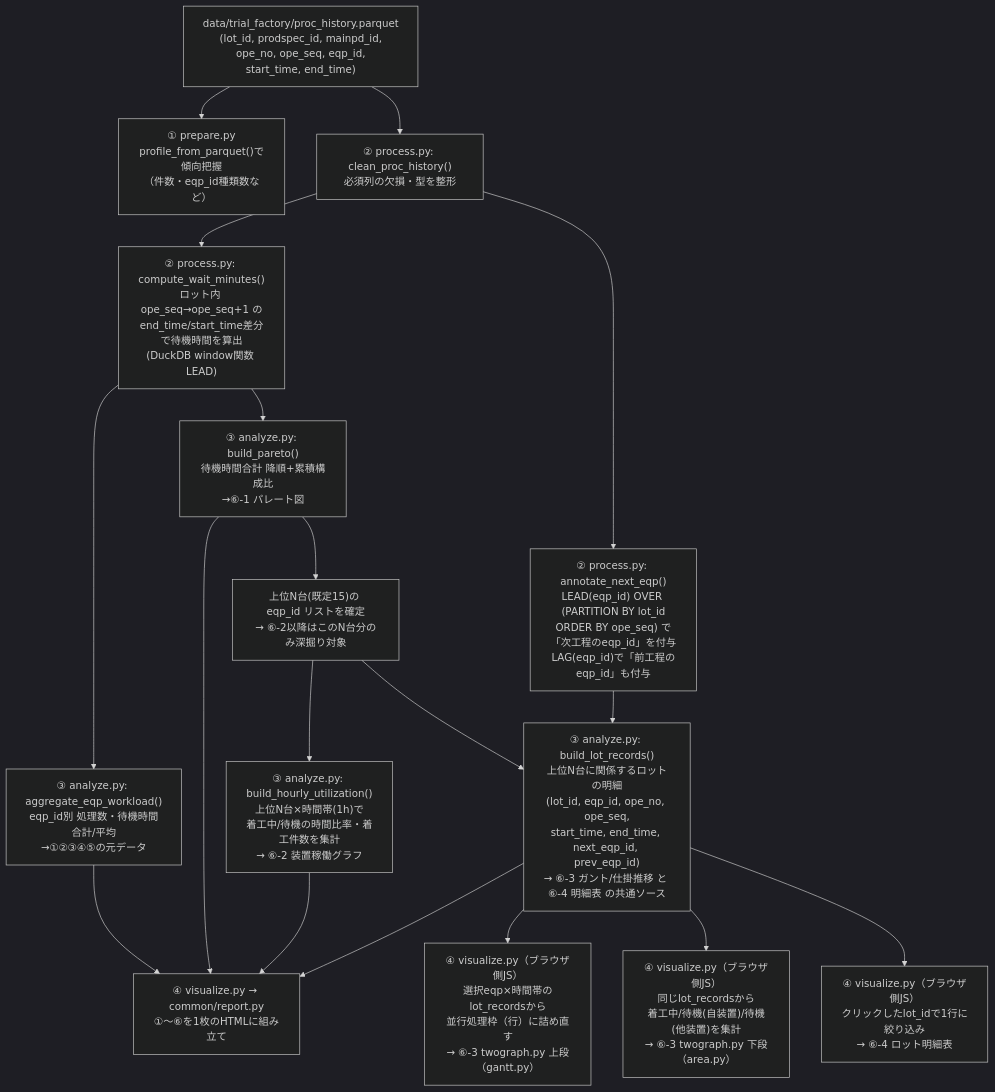
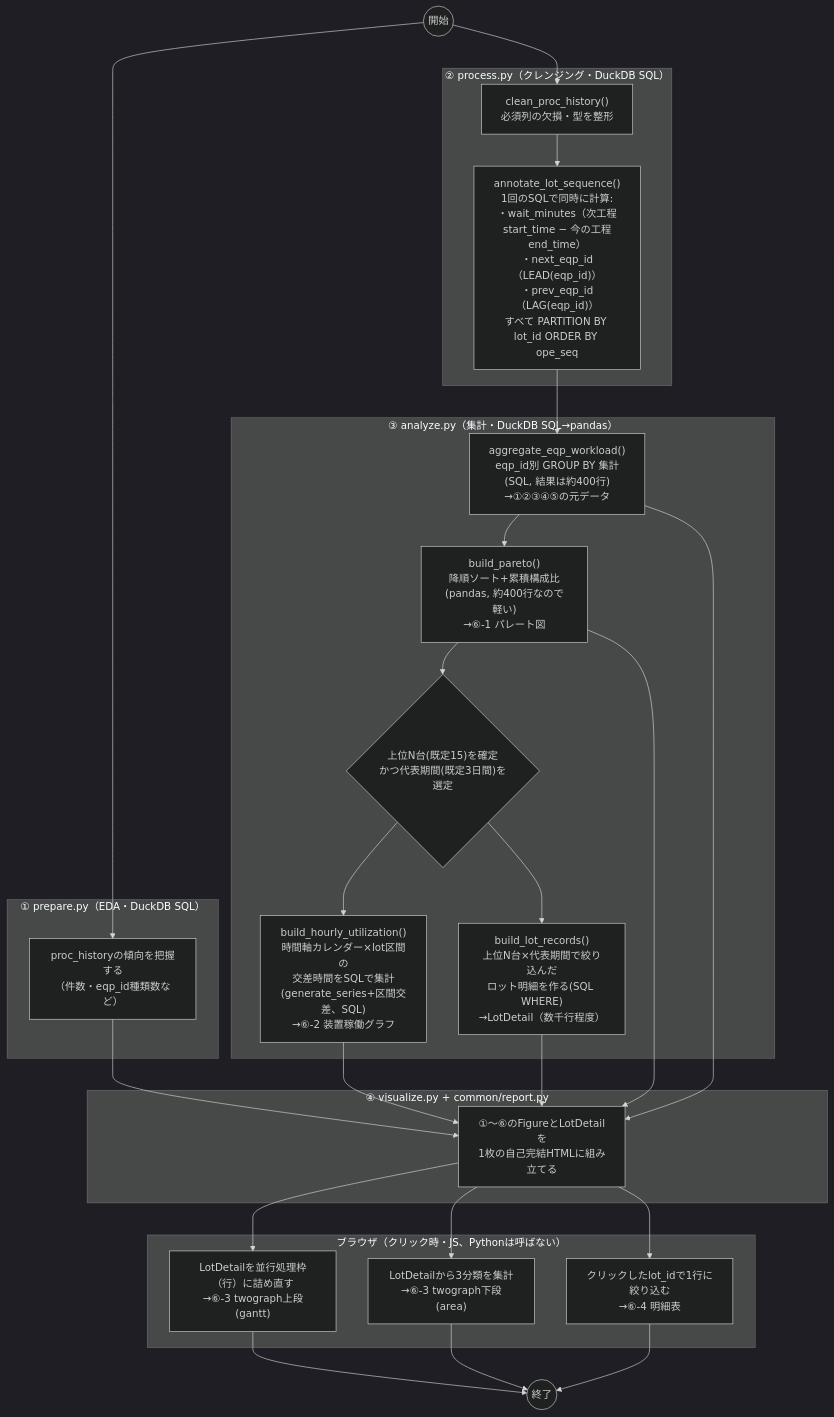
The second of 2 diagrams in .steering/20260830-eqp-workload-analysis/design.md (mukumuyi/AnalyseTool), drawn with Mermaid (dark theme) before and after one commit. The commit also changed other lines of this file, not shown here.

First line of the commit message:
Clarify scripts/ entrypoint, redraw pipeline as an activity diagram, and detail gantt data-volume tactics

````diff
--- a/.steering/20260830-eqp-workload-analysis/design.md
+++ b/.steering/20260830-eqp-workload-analysis/design.md
@@ -135,26 +169,53 @@
 ```mermaid
 flowchart TD
-    P["data/trial_factory/proc_history.parquet<br/>(lot_id, prodspec_id, mainpd_id,<br/>ope_no, ope_seq, eqp_id,<br/>start_time, end_time)"]
+    Start((開始))
 
-    P --> Prepare["① prepare.py<br/>profile_from_parquet()で傾向把握<br/>（件数・eqp_id種類数など）"]
-    P --> Clean["② process.py: clean_proc_history()<br/>必須列の欠損・型を整形"]
-    Clean --> Wait["② process.py: compute_wait_minutes()<br/>ロット内 ope_seq→ope_seq+1 の<br/>end_time/start_time差分で待機時間を算出<br/>(DuckDB window関数 LEAD)"]
-    Clean --> NextEqp["② process.py: annotate_next_eqp()<br/>LEAD(eqp_id) OVER (PARTITION BY lot_id<br/>ORDER BY ope_seq) で「次工程のeqp_id」を付与<br/>LAG(eqp_id)で「前工程のeqp_id」も付与"]
+    subgraph SW1["① prepare.py（EDA・DuckDB SQL）"]
+        Prepare["proc_historyの傾向を把握する<br/>（件数・eqp_id種類数など）"]
+    end
 
-    Wait --> AggBar["③ analyze.py: aggregate_eqp_workload()<br/>eqp_id別 処理数・待機時間合計/平均<br/>→①②③④⑤の元データ"]
-    Wait --> AggPareto["③ analyze.py: build_pareto()<br/>待機時間合計 降順+累積構成比<br/>→⑥-1 パレート図"]
-    AggPareto --> TopN["上位N台(既定15)の eqp_id リストを確定<br/>→ ⑥-2以降はこのN台分のみ深掘り対象"]
+    subgraph SW2["② process.py（クレンジング・DuckDB SQL）"]
+        Clean["clean_proc_history()<br/>必須列の欠損・型を整形"]
+        Annotate["annotate_lot_sequence()<br/>1回のSQLで同時に計算:<br/>・wait_minutes（次工程start_time − 今の工程end_time）<br/>・next_eqp_id（LEAD(eqp_id)）<br/>・prev_eqp_id（LAG(eqp_id)）<br/>すべて PARTITION BY lot_id ORDER BY ope_seq"]
+    end
 
-    TopN --> Hourly["③ analyze.py: build_hourly_utilization()<br/>上位N台×時間帯(1h)で<br/>着工中/待機の時間比率・着工件数を集計<br/>→ ⑥-2 装置稼働グラフ"]
-    TopN --> LotDetail["③ analyze.py: build_lot_records()<br/>上位N台に関係するロットの明細<br/>(lot_id, eqp_id, ope_no, ope_seq,<br/>start_time, end_time, next_eqp_id, prev_eqp_id)<br/>→ ⑥-3 ガント/仕掛推移 と ⑥-4 明細表 の共通ソース"]
-    NextEqp --> LotDetail
+    subgraph SW3["③ analyze.py（集計・DuckDB SQL→pandas）"]
+        AggBar["aggregate_eqp_workload()<br/>eqp_id別 GROUP BY 集計<br/>(SQL, 結果は約400行)<br/>→①②③④⑤の元データ"]
+        Pareto["build_pareto()<br/>降順ソート+累積構成比<br/>(pandas, 約400行なので軽い)<br/>→⑥-1 パレート図"]
+        Decide{"上位N台(既定15)を確定<br/>かつ代表期間(既定3日間)を選定"}
+        Hourly["build_hourly_utilization()<br/>時間軸カレンダー×lot区間の<br/>交差時間をSQLで集計<br/>(generate_series+区間交差、SQL)<br/>→⑥-2 装置稼働グラフ"]
+        LotDetail["build_lot_records()<br/>上位N台×代表期間で絞り込んだ<br/>ロット明細を作る(SQL WHERE)<br/>→LotDetail（数千行程度）"]
+    end
 
-    LotDetail --> Gantt["④ visualize.py（ブラウザ側JS）<br/>選択eqp×時間帯のlot_recordsから<br/>並行処理枠（行）に詰め直す<br/>→ ⑥-3 twograph.py 上段（gantt.py）"]
-    LotDetail --> Wip["④ visualize.py（ブラウザ側JS）<br/>同じlot_recordsから<br/>着工中/待機(自装置)/待機(他装置)を集計<br/>→ ⑥-3 twograph.py 下段（area.py）"]
-    LotDetail --> Detail["④ visualize.py（ブラウザ側JS）<br/>クリックしたlot_idで1行に絞り込み<br/>→ ⑥-4 ロット明細表"]
+    subgraph SW4["④ visualize.py + common/report.py"]
+        Assemble["①〜⑥のFigureとLotDetailを<br/>1枚の自己完結HTMLに組み立てる"]
+    end
 
-    AggBar --> Report["④ visualize.py → common/report.py<br/>①〜⑥を1枚のHTMLに組み立て"]
-    AggPareto --> Report
-    Hourly --> Report
-    LotDetail --> Report
+    subgraph SW5["ブラウザ（クリック時・JS、Pythonは呼ばない）"]
+        Gantt["LotDetailを並行処理枠（行）に詰め直す<br/>→⑥-3 twograph上段(gantt)"]
+        Wip["LotDetailから3分類を集計<br/>→⑥-3 twograph下段(area)"]
+        Detail["クリックしたlot_idで1行に絞り込む<br/>→⑥-4 明細表"]
+    end
+
+    End((終了))
+
+    Start --> Prepare
+    Start --> Clean
+    Clean --> Annotate
+    Annotate --> AggBar
+    AggBar --> Pareto
+    Pareto --> Decide
+    Decide --> Hourly
+    Decide --> LotDetail
+    Hourly --> Assemble
+    LotDetail --> Assemble
+    AggBar --> Assemble
+    Pareto --> Assemble
+    Prepare --> Assemble
+    Assemble --> Gantt
+    Assemble --> Wip
+    Assemble --> Detail
+    Gantt --> End
+    Wip --> End
+    Detail --> End
 ```
````
